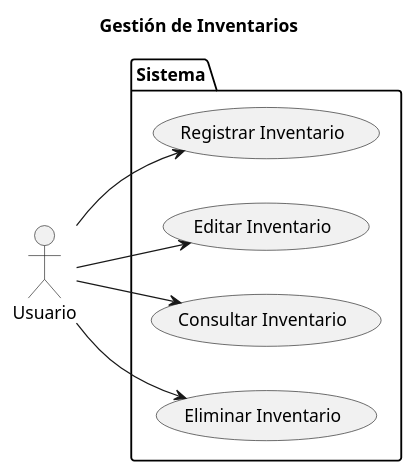
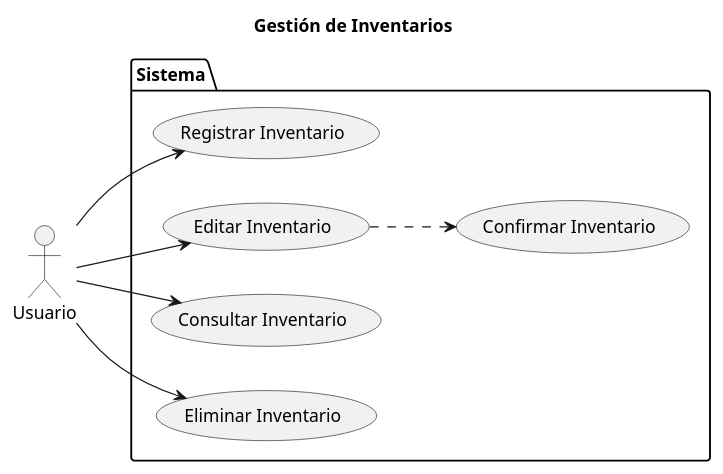
One commit to marcelolezcanodev/GarageGuru changed the diagram in Diagramas/caso_de_uso_Inventario.plantuml. Above: the diagram before and after it, drawn with PlantUML.

Commit message:
Se agrego confirmar inventario al diagrama de casos de uso

```diff
--- a/Diagramas/caso_de_uso_Inventario.plantuml
+++ b/Diagramas/caso_de_uso_Inventario.plantuml
@@ -1,23 +1,25 @@
 @startuml usuario
 
 left to right direction
 
 title Gestión de Inventarios
 
 actor Usuario as User
 
 package Sistema {
 
     USECASE "Registrar Inventario" as UC_Registrar
     USECASE "Editar Inventario" as UC_Editar
     USECASE "Consultar Inventario" as UC_Consultar
     USECASE "Eliminar Inventario" as UC_Eliminar
+    USECASE "Confirmar Inventario" as UC_Confirmar
 
 }
 
 User --> UC_Registrar
 User --> UC_Editar
 User --> UC_Consultar
 User --> UC_Eliminar
+UC_Editar ..> UC_Confirmar
 
 @enduml
```
